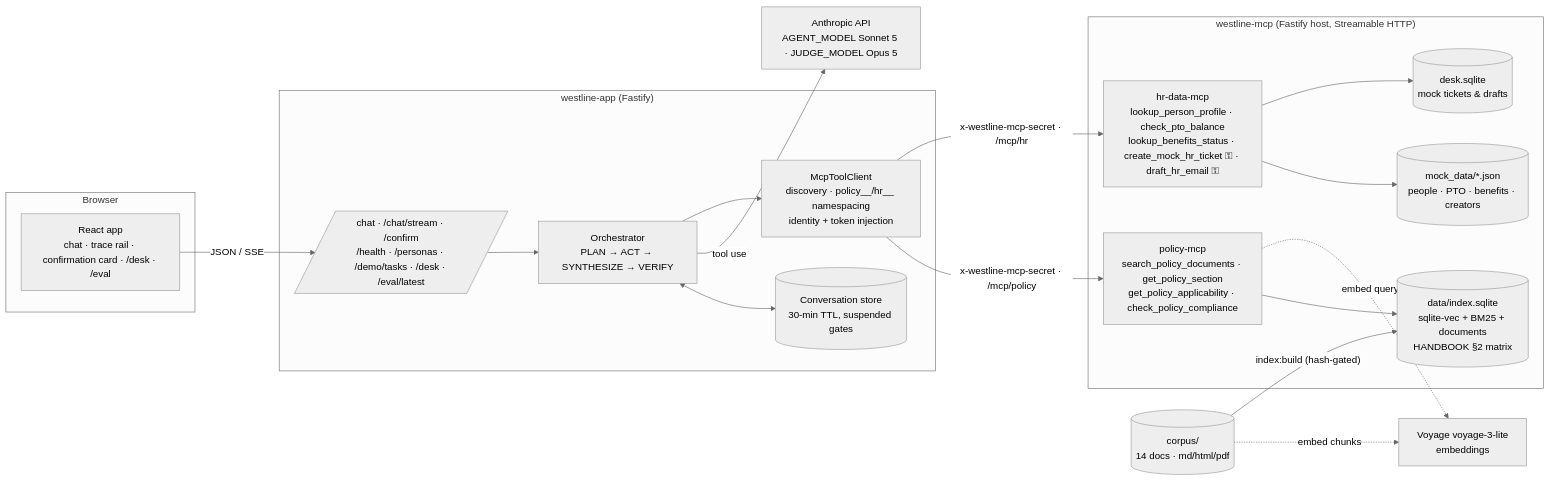
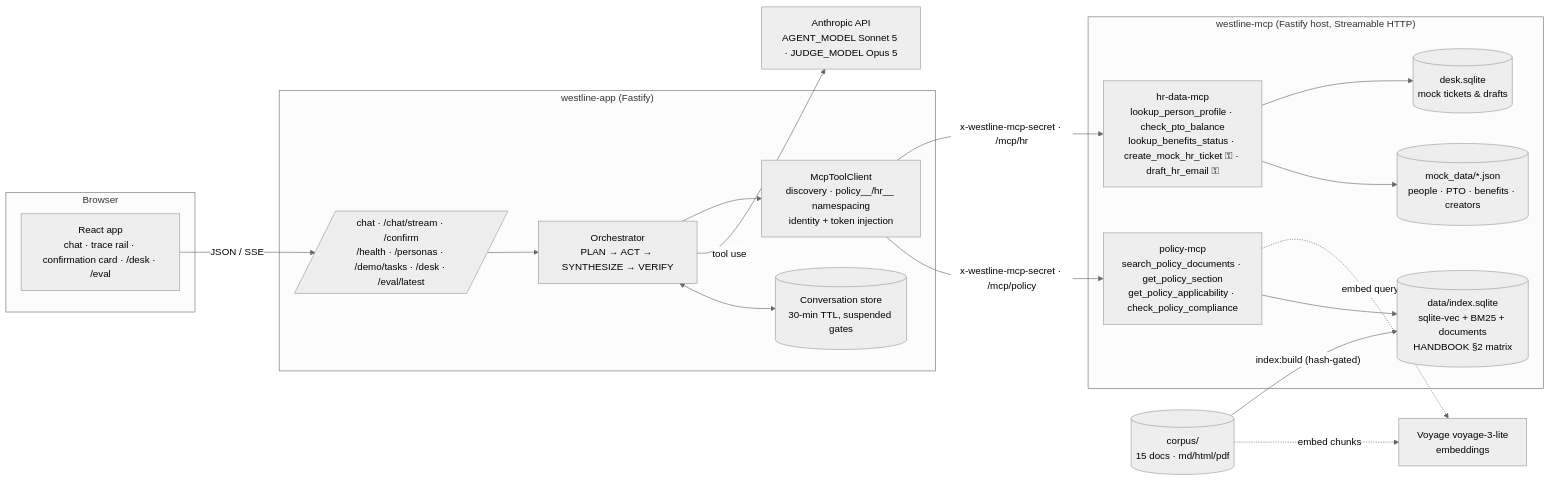
Before and after one commit to micajobe/westline-hr-agent: the diagram in design-and-evaluation.md, drawn with Mermaid (neutral theme). The commit also changed 24 other files, not shown here.

````diff
--- a/design-and-evaluation.md
+++ b/design-and-evaluation.md
@@ -9,35 +9,35 @@
 ```mermaid
 flowchart LR
   subgraph Browser
     UI[React app<br/>chat · trace rail · confirmation card · /desk · /eval]
   end
   subgraph westline-app["westline-app (Fastify)"]
     API[/chat · /chat/stream · /confirm<br/>/health · /personas · /demo/tasks · /desk · /eval/latest/]
     ORCH[Orchestrator<br/>PLAN → ACT → SYNTHESIZE → VERIFY]
     CONV[(Conversation store<br/>30-min TTL, suspended gates)]
     MCPC[McpToolClient<br/>discovery · policy__/hr__ namespacing<br/>identity + token injection]
   end
   subgraph westline-mcp["westline-mcp (Fastify host, Streamable HTTP)"]
     POL[policy-mcp<br/>search_policy_documents · get_policy_section<br/>get_policy_applicability · check_policy_compliance]
     HR[hr-data-mcp<br/>lookup_person_profile · check_pto_balance<br/>lookup_benefits_status · create_mock_hr_ticket ⚿ · draft_hr_email ⚿]
     IDX[(data/index.sqlite<br/>sqlite-vec + BM25 + documents<br/>HANDBOOK §2 matrix)]
     DESK[(desk.sqlite<br/>mock tickets & drafts)]
     MOCK[(mock_data/*.json<br/>people · PTO · benefits · creators)]
   end
   LLM[Anthropic API<br/>AGENT_MODEL Sonnet 5 · JUDGE_MODEL Opus 5]
   EMB[Voyage voyage-3-lite<br/>embeddings]
-  CORPUS[(corpus/<br/>14 docs · md/html/pdf)]
+  CORPUS[(corpus/<br/>15 docs · md/html/pdf)]
 
   UI -- JSON / SSE --> API --> ORCH
   ORCH <--> CONV
   ORCH -- tool use --> LLM
   ORCH --> MCPC
   MCPC -- "x-westline-mcp-secret · /mcp/policy" --> POL
   MCPC -- "x-westline-mcp-secret · /mcp/hr" --> HR
   POL --> IDX
   POL -. embed query .-> EMB
   HR --> MOCK
   HR --> DESK
   CORPUS -- "index:build (hash-gated)" --> IDX
   CORPUS -. embed chunks .-> EMB
 ```
````
